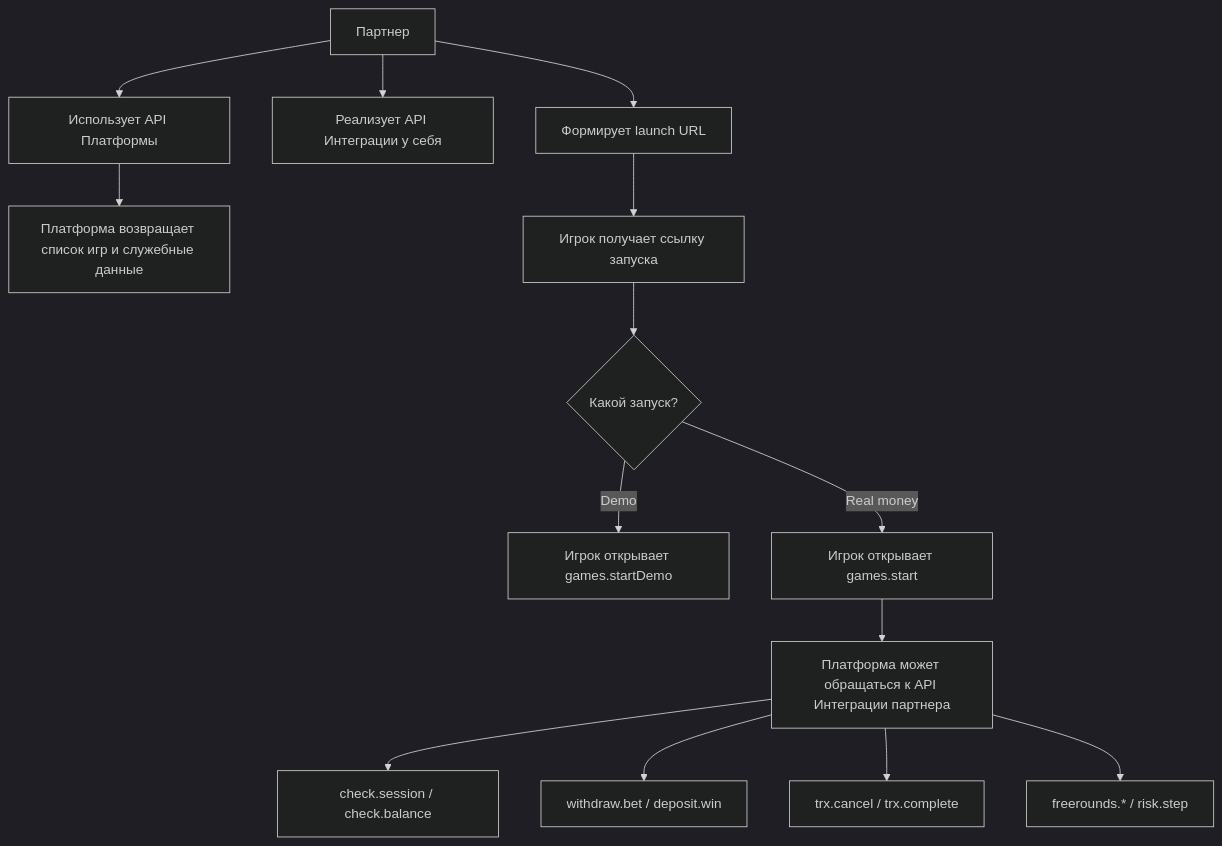
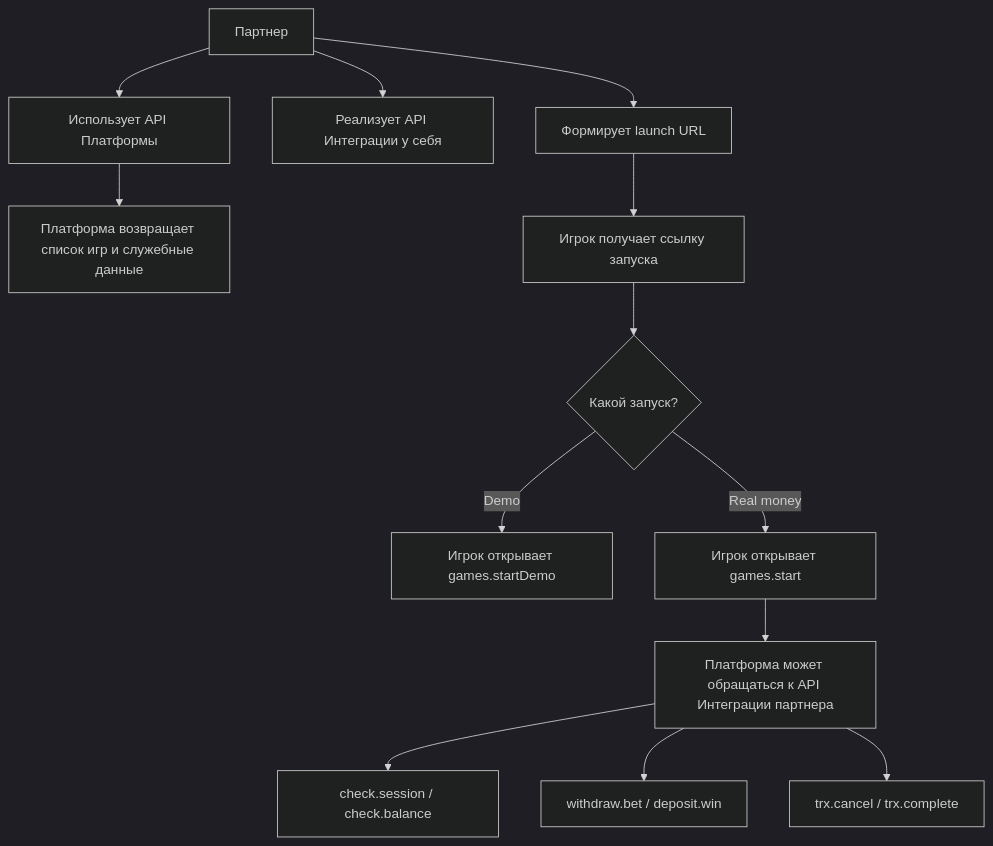
The first of 6 diagrams in API_Treasure-prune.md (alexgoodman53/casino), drawn with Mermaid (dark theme) before and after one commit. The commit also changed other lines of this file, not shown here.

````diff
--- a/API_Treasure-prune.md
+++ b/API_Treasure-prune.md
@@ -60,16 +60,15 @@
 ```mermaid
 flowchart TD
     A["Партнер"] --> B["Использует API Платформы"]
     A --> C["Реализует API Интеграции у себя"]
     A --> D["Формирует launch URL"]
     B --> E["Платформа возвращает список игр и служебные данные"]
     D --> F["Игрок получает ссылку запуска"]
     F --> G{"Какой запуск?"}
     G -->|"Demo"| H["Игрок открывает games.startDemo"]
     G -->|"Real money"| I["Игрок открывает games.start"]
     I --> J["Платформа может обращаться к API Интеграции партнера"]
     J --> K["check.session / check.balance"]
     J --> L["withdraw.bet / deposit.win"]
     J --> M["trx.cancel / trx.complete"]
-    J --> N["freerounds.* / risk.step"]
 ```
````
